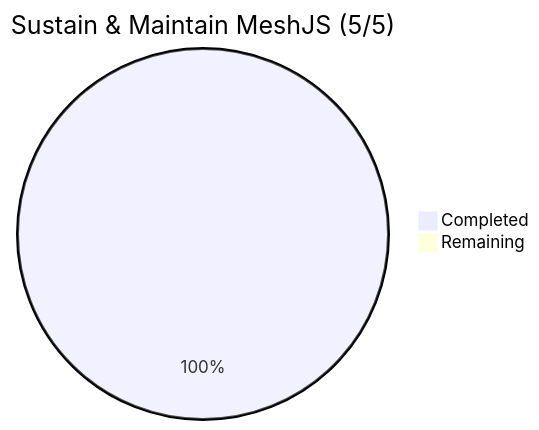
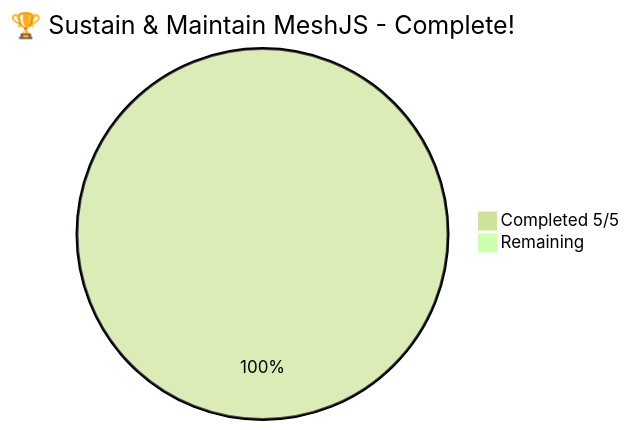
The second of 10 diagrams in README.md (Andre-Diamond/test), drawn with Mermaid before and after one commit. The commit also changed other lines of this file, not shown here.

Commit message:
Update MeshJS Catalyst Projects README

````diff
--- a/README.md
+++ b/README.md
@@ -129,5 +139,7 @@
 ```mermaid
-pie title Sustain & Maintain MeshJS (5/5)
-    "Completed" : 5
+%%{init: {'theme':'forest'}}%%
+pie
+    title 🏆 Sustain & Maintain MeshJS - Complete!
+    "Completed 5/5" : 5
     "Remaining" : 0
 ```
````
